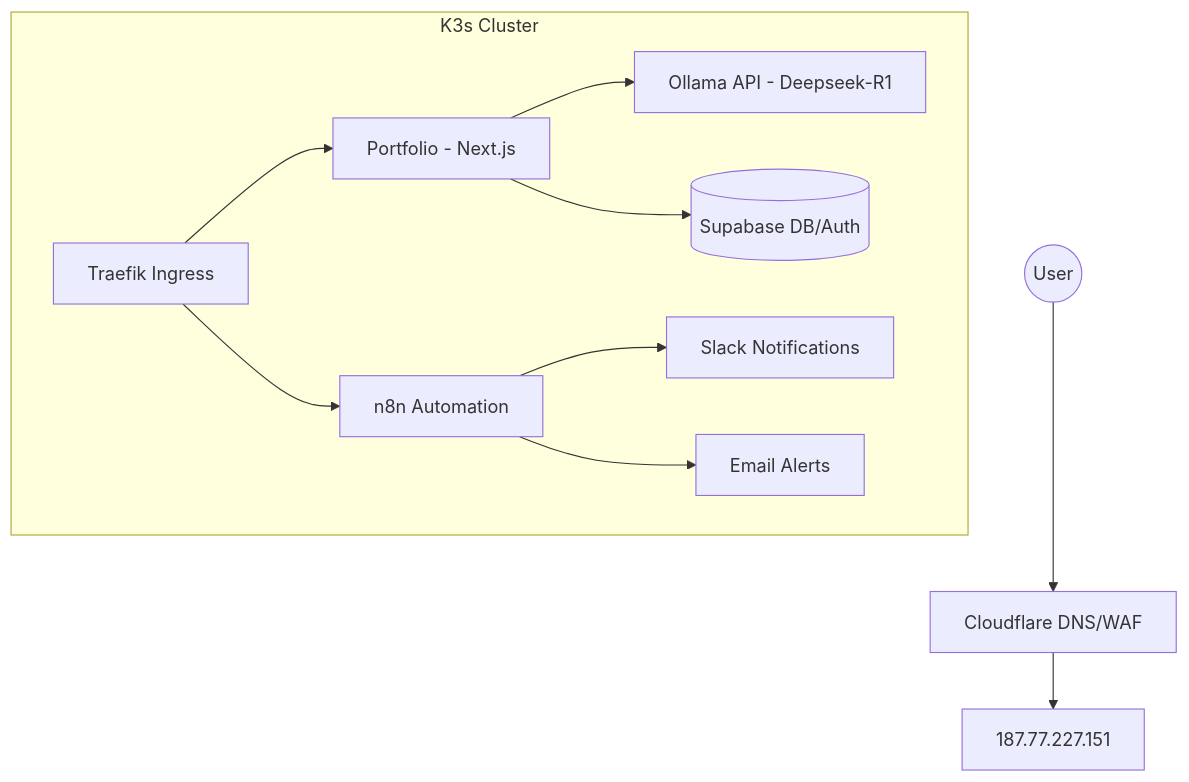
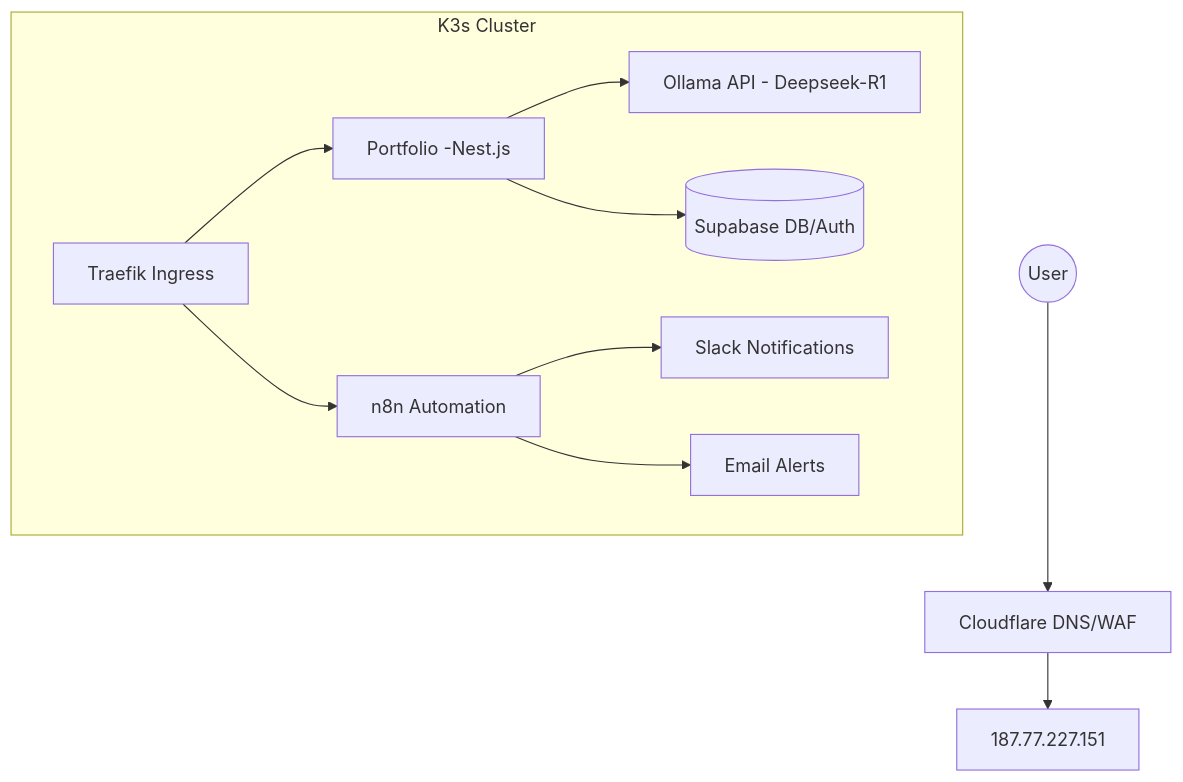
Before and after one commit to jader-germano/knowledge-hub: the diagram in infrastructure/portfolio-k3s.md, drawn with Mermaid. The commit also changed other lines of this file and 24 other files, not shown here.

````diff
--- a/infrastructure/portfolio-k3s.md
+++ b/infrastructure/portfolio-k3s.md
@@ -9,16 +9,16 @@
 ```mermaid
 graph TD
     User((User)) --> Cloudflare[Cloudflare DNS/WAF]
     Cloudflare --> VPS[187.77.227.151]
     
     subgraph K3s Cluster
-        Traefik[Traefik Ingress] --> Port[Portfolio - Next.js]
+        Traefik[Traefik Ingress] --> Port[Portfolio -Nest.js]
         Traefik --> n8n[n8n Automation]
         
         Port --> Ollama[Ollama API - Deepseek-R1]
         Port --> Supabase[(Supabase DB/Auth)]
         
         n8n --> Slack[Slack Notifications]
         n8n --> Email[Email Alerts]
     end
 ```
````
